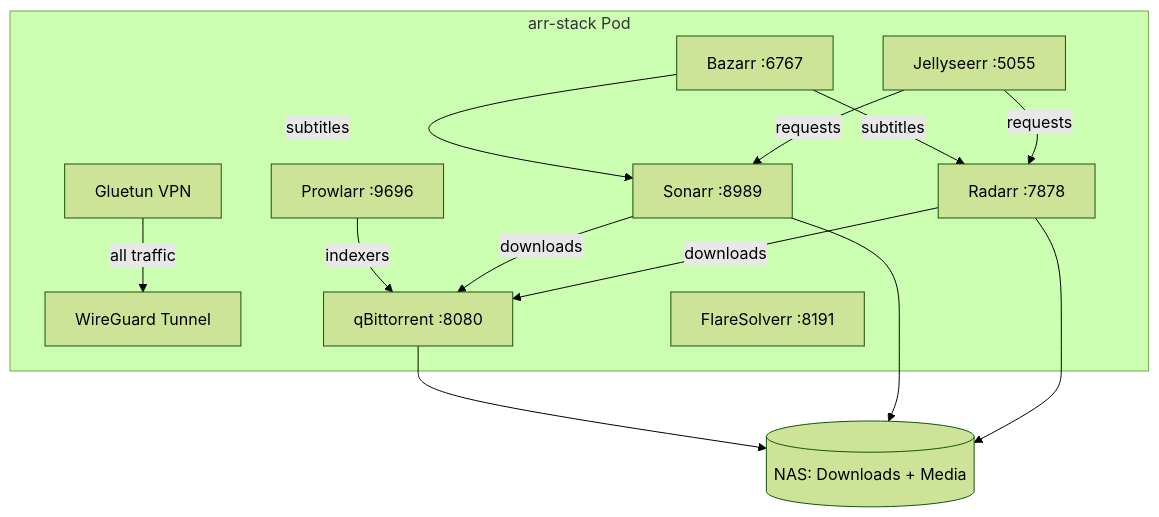
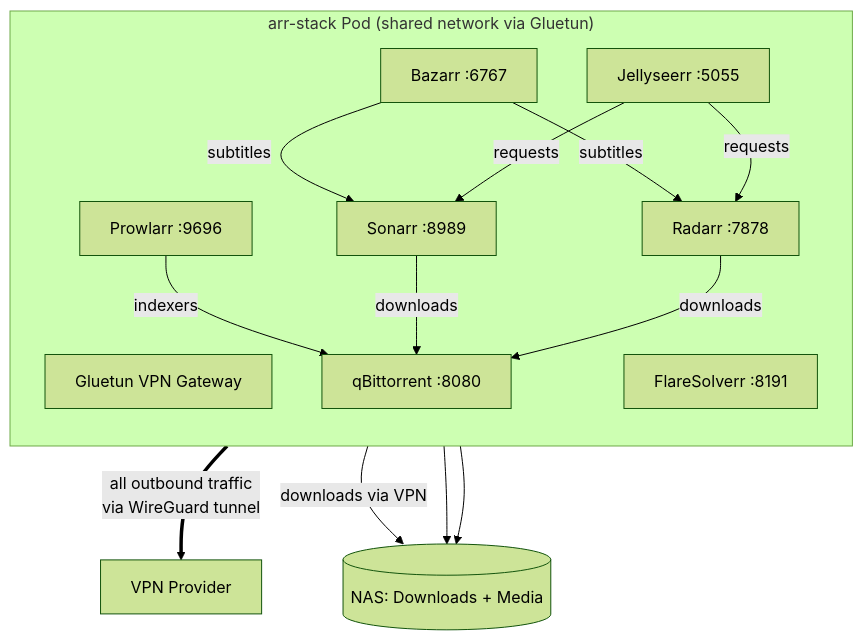
Before and after one commit to Petar-Jorgic/cluster: the diagram in apps/arr-stack/README.md, drawn with Mermaid (forest theme). The commit also changed other lines of this file, not shown here.

Commit message:
Fix arr-stack diagram: clarify all traffic goes through VPN

````diff
--- a/apps/arr-stack/README.md
+++ b/apps/arr-stack/README.md
@@ -7,23 +7,26 @@
 ```mermaid
 graph TB
-    subgraph "arr-stack Pod"
-        GLUE[Gluetun VPN] --> |all traffic| VPN[WireGuard Tunnel]
+    subgraph "arr-stack Pod (shared network via Gluetun)"
+        direction TB
+        GLUE[Gluetun VPN Gateway]
 
         QB[qBittorrent :8080]
         SON[Sonarr :8989]
         RAD[Radarr :7878]
         PRO[Prowlarr :9696]
         JS[Jellyseerr :5055]
         BAZ[Bazarr :6767]
         FS[FlareSolverr :8191]
     end
 
+    GLUE ==>|"all outbound traffic<br/>via WireGuard tunnel"| VPN[VPN Provider]
+
     PRO -->|indexers| QB
     SON -->|downloads| QB
     RAD -->|downloads| QB
     BAZ -->|subtitles| SON & RAD
     JS -->|requests| SON & RAD
 
-    QB --> NAS[(NAS: Downloads + Media)]
+    QB -->|downloads via VPN| NAS[(NAS: Downloads + Media)]
     SON & RAD --> NAS
 ```
````
